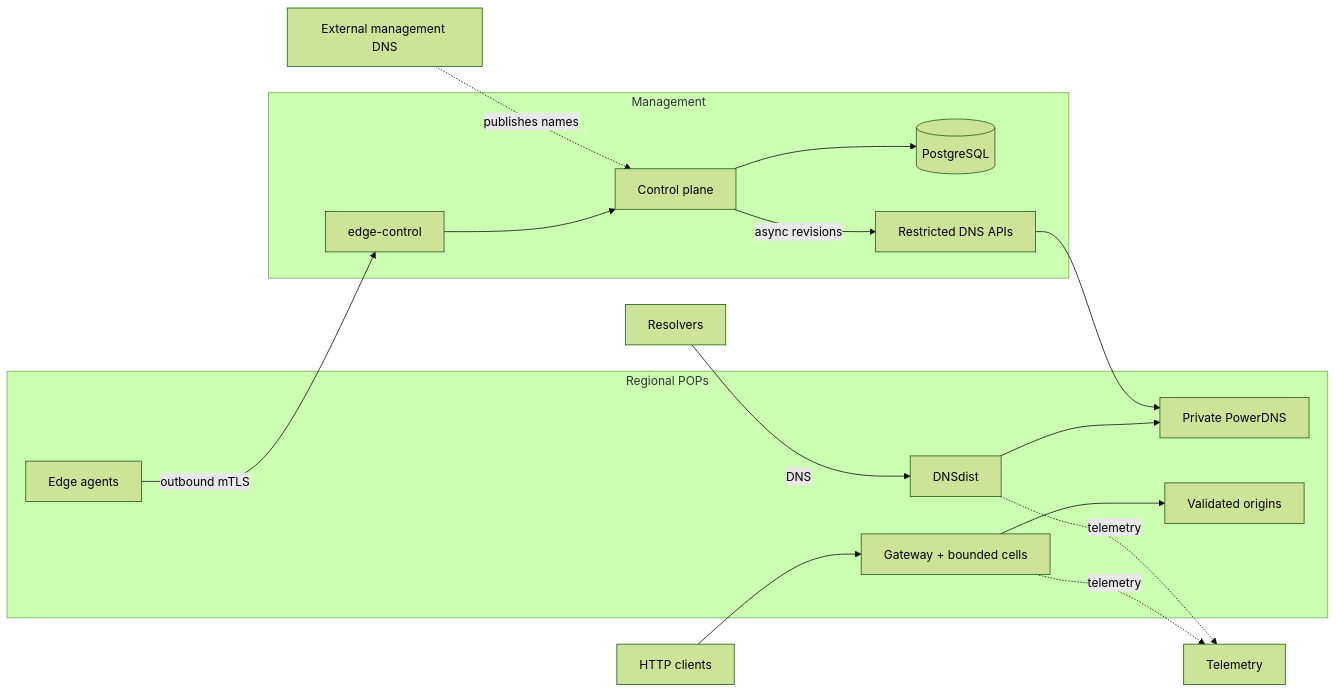
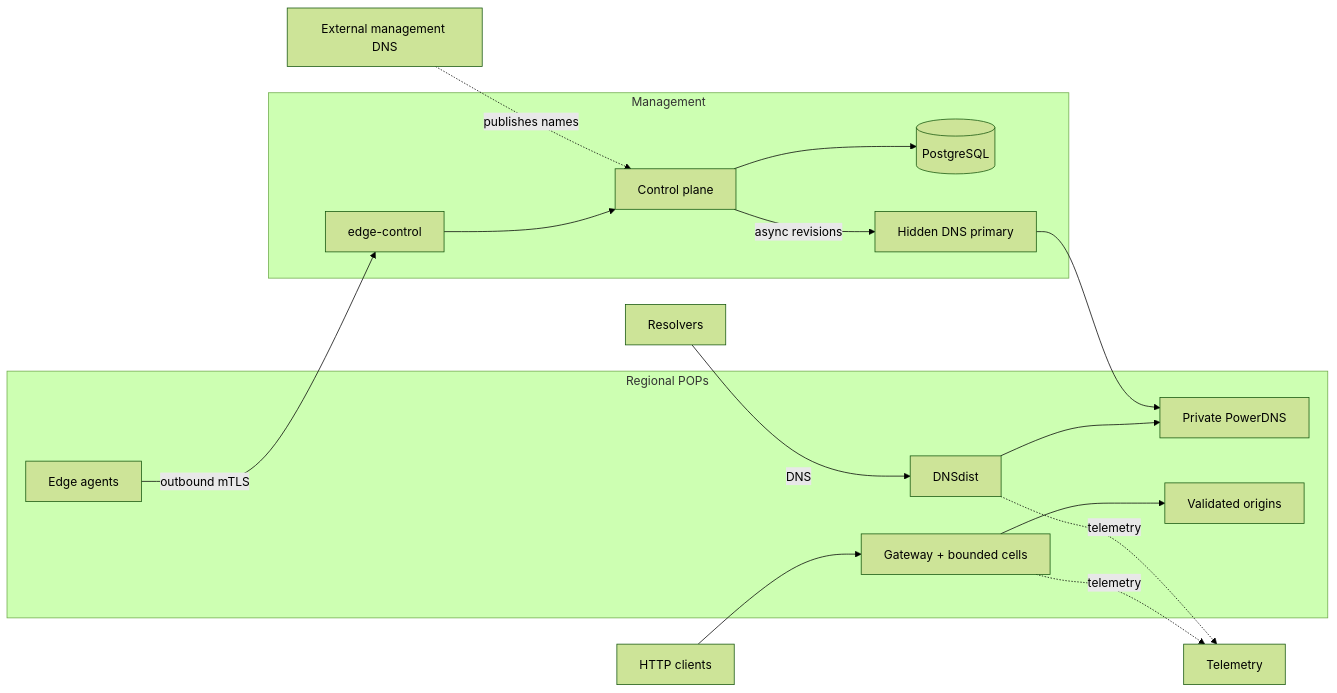
One commit to vaheed/CDNFoundry changed the diagram in docs/deployment/production-quick-start.md. Above: the diagram before and after it, drawn with Mermaid (forest theme). The commit also changed other lines of this file and 17 other files, not shown here.

Commit message:
docs: describe the hidden primary, DNS nodes, and their operation

````diff
--- a/docs/deployment/production-quick-start.md
+++ b/docs/deployment/production-quick-start.md
@@ -8,22 +8,22 @@
 ```mermaid
 flowchart LR
   MgmtDNS["External management DNS"] -. "publishes names" .-> Control
 
   subgraph Management["Management"]
     Control["Control plane"] --> State[("PostgreSQL")]
     EdgeControl["edge-control"] --> Control
-    Control -->|"async revisions"| DNSAPI["Restricted DNS APIs"]
+    Control -->|"async revisions"| DNSAPI["Hidden DNS primary"]
   end
 
   subgraph POPs["Regional POPs"]
     Agents["Edge agents"] -->|"outbound mTLS"| EdgeControl
     DNSAPI --> PowerDNS["Private PowerDNS"]
     DNSdist["DNSdist"] --> PowerDNS
     Edge["Gateway + bounded cells"] --> Origins["Validated origins"]
   end
 
   Resolvers["Resolvers"] -->|"DNS"| DNSdist
   Clients["HTTP clients"] --> Edge
   DNSdist -. "telemetry" .-> Observe["Telemetry"]
   Edge -. "telemetry" .-> Observe
 ```
````
